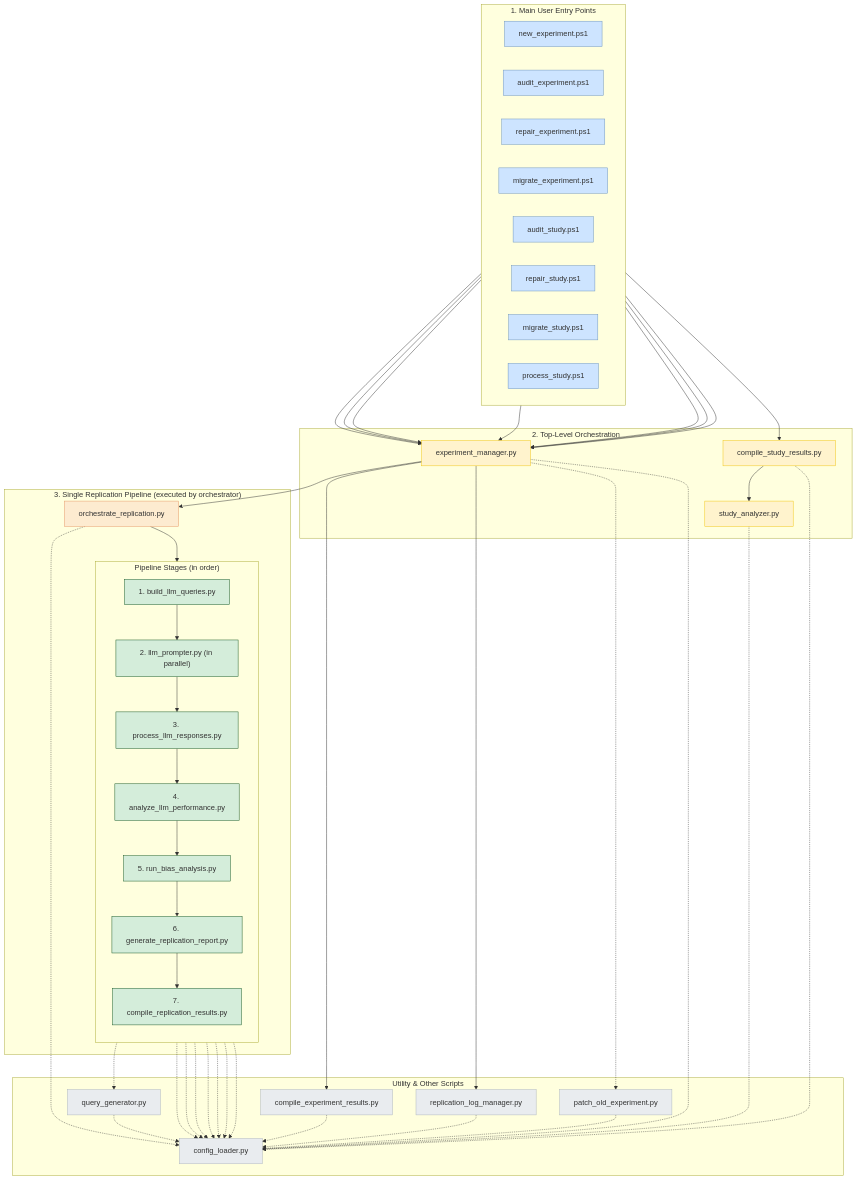
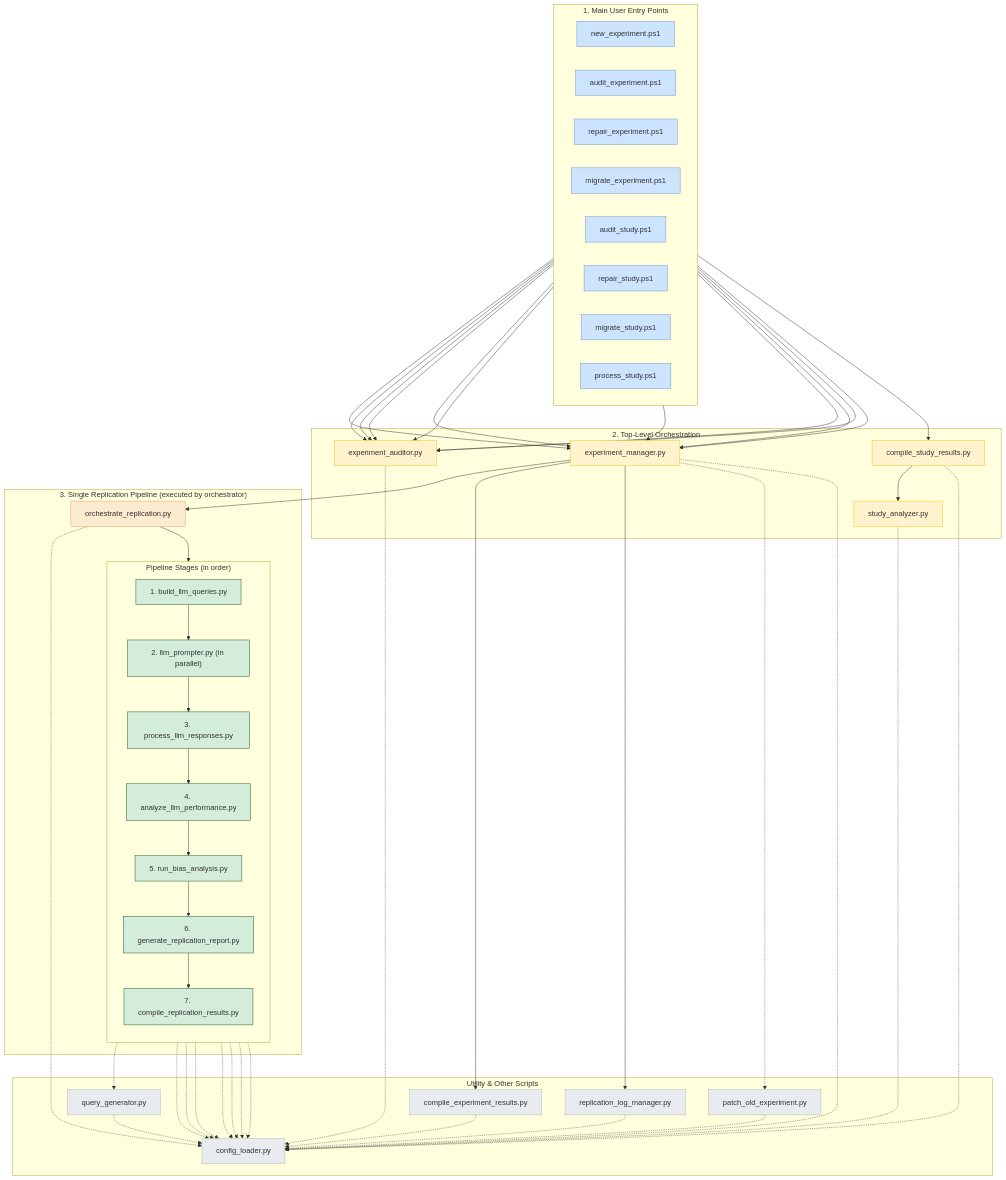
The diagram in docs/diagrams/arch_main_codebase.mmd (peterjmarko/llm-narrative-framework), drawn with Mermaid before and after one commit. The commit also changed 11 other files, not shown here.

First line of the commit message:
refactor(experiment): separate audit logic into dedicated script

```diff
--- a/docs/diagrams/arch_main_codebase.mmd
+++ b/docs/diagrams/arch_main_codebase.mmd
@@ -1,96 +1,112 @@
 graph TD
     subgraph "1. Main User Entry Points"
         direction LR
         new_experiment_ps1["new_experiment.ps1"]
         audit_experiment_ps1["audit_experiment.ps1"]
         repair_experiment_ps1["repair_experiment.ps1"]
         migrate_experiment_ps1["migrate_experiment.ps1"]
         audit_study_ps1["audit_study.ps1"]
         repair_study_ps1["repair_study.ps1"]
         migrate_study_ps1["migrate_study.ps1"]
         process_study_ps1["process_study.ps1"]
     end
 
     subgraph "2. Top-Level Orchestration"
         exp_manager["experiment_manager.py"]
+        exp_auditor["experiment_auditor.py"]
         compile_study_results_py["compile_study_results.py"]
         study_analysis["study_analyzer.py"]
     end
 
     subgraph "3. Single Replication Pipeline (executed by orchestrator)"
         orchestrator["orchestrate_replication.py"]
         
         subgraph "Pipeline Stages (in order)"
             direction TB
             stage1["1. build_llm_queries.py"]
             stage2["2. llm_prompter.py (in parallel)"]
             stage3["3. process_llm_responses.py"]
             stage4["4. analyze_llm_performance.py"]
             stage4b["5. run_bias_analysis.py"]
             stage5["6. generate_replication_report.py"]
             stage6["7. compile_replication_results.py"]
         end
     end
 
     subgraph "Utility & Other Scripts"
         query_generator["query_generator.py"]
         log_manager["replication_log_manager.py"]
         compile_experiment["compile_experiment_results.py"]
         patch_old["patch_old_experiment.py"]
         config_loader["config_loader.py"]
     end
 
     %% --- Connections ---
-    new_experiment_ps1 & audit_experiment_ps1 & repair_experiment_ps1 & migrate_experiment_ps1 & audit_study_ps1 & repair_study_ps1 & migrate_study_ps1 --> exp_manager
+    new_experiment_ps1 --> exp_manager
+    
+    audit_experiment_ps1 --> exp_auditor
+    audit_study_ps1 --> exp_auditor
+    
+    repair_experiment_ps1 --> exp_auditor
+    repair_experiment_ps1 --> exp_manager
+    repair_study_ps1 --> exp_auditor
+    repair_study_ps1 --> exp_manager
+    
+    migrate_experiment_ps1 --> exp_auditor
+    migrate_experiment_ps1 --> exp_manager
+    migrate_study_ps1 --> exp_auditor
+    migrate_study_ps1 --> exp_manager
+
     process_study_ps1 --> compile_study_results_py
     compile_study_results_py --> study_analysis
 
     exp_manager --> orchestrator
     exp_manager --> compile_experiment
     exp_manager --> log_manager
     exp_manager -.-> patch_old
 
     %% Sequential Pipeline Execution
     orchestrator --> stage1
     stage1 --> stage2
     stage2 --> stage3
     stage3 --> stage4
     stage4 --> stage4b
     stage4b --> stage5
     stage5 --> stage6
 
     %% Worker Connections
     stage1 -.-> query_generator
 
     %% Import Connections (dotted)
-    exp_manager & orchestrator & stage1 & stage2 & stage3 & stage4 & stage4b & stage5 & stage6 & query_generator & log_manager & compile_experiment & compile_study_results_py & study_analysis & patch_old -.-> config_loader
+    exp_manager & exp_auditor & orchestrator & stage1 & stage2 & stage3 & stage4 & stage4b & stage5 & stage6 & query_generator & log_manager & compile_experiment & compile_study_results_py & study_analysis & patch_old -.-> config_loader
 
     %% --- Inline Styling ---
     style new_experiment_ps1 fill:#cde4ff,stroke:#6c93be
     style audit_experiment_ps1 fill:#cde4ff,stroke:#6c93be
     style repair_experiment_ps1 fill:#cde4ff,stroke:#6c93be
     style migrate_experiment_ps1 fill:#cde4ff,stroke:#6c93be
     style audit_study_ps1 fill:#cde4ff,stroke:#6c93be
     style repair_study_ps1 fill:#cde4ff,stroke:#6c93be
     style migrate_study_ps1 fill:#cde4ff,stroke:#6c93be
     style process_study_ps1 fill:#cde4ff,stroke:#6c93be
 
     style exp_manager fill:#fff3cd,stroke:#f1c40f
+    style exp_auditor fill:#fff3cd,stroke:#f1c40f
     style compile_study_results_py fill:#fff3cd,stroke:#f1c40f
     style study_analysis fill:#fff3cd,stroke:#f1c40f
     
     style orchestrator fill:#fdebd0,stroke:#e59866
     
     style stage1 fill:#d4edda,stroke:#155724
     style stage2 fill:#d4edda,stroke:#155724
     style stage3 fill:#d4edda,stroke:#155724
     style stage4 fill:#d4edda,stroke:#155724
     style stage4b fill:#d4edda,stroke:#155724
     style stage5 fill:#d4edda,stroke:#155724
     style stage6 fill:#d4edda,stroke:#155724
 
     style query_generator fill:#e9ecef,stroke:#adb5bd
     style log_manager fill:#e9ecef,stroke:#adb5bd
     style compile_experiment fill:#e9ecef,stroke:#adb5bd
     style patch_old fill:#e9ecef,stroke:#adb5bd
     style config_loader fill:#e9ecef,stroke:#adb5bd
```
